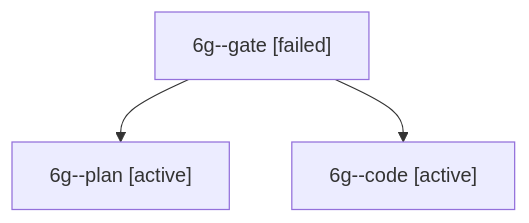
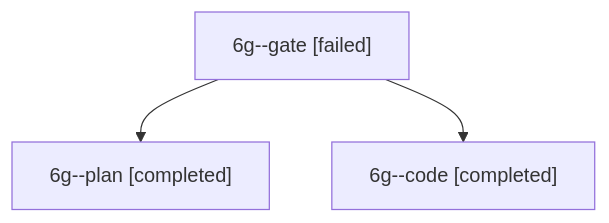
The diagram in sessions/bbugyi200.apollo.6g.md (bobs-org/bob-cli--agents), drawn with Mermaid before and after one commit. The commit also changed other lines of this file and 62 other files, not shown here.

````diff
--- a/sessions/bbugyi200.apollo.6g.md
+++ b/sessions/bbugyi200.apollo.6g.md
@@ -9,8 +9,8 @@
 ```mermaid
 flowchart TD
   n0["6g--gate [failed]"]
-  n1["6g--plan [active]"]
+  n1["6g--plan [completed]"]
   n0 --> n1
-  n2["6g--code [active]"]
+  n2["6g--code [completed]"]
   n0 --> n2
 ```
````
